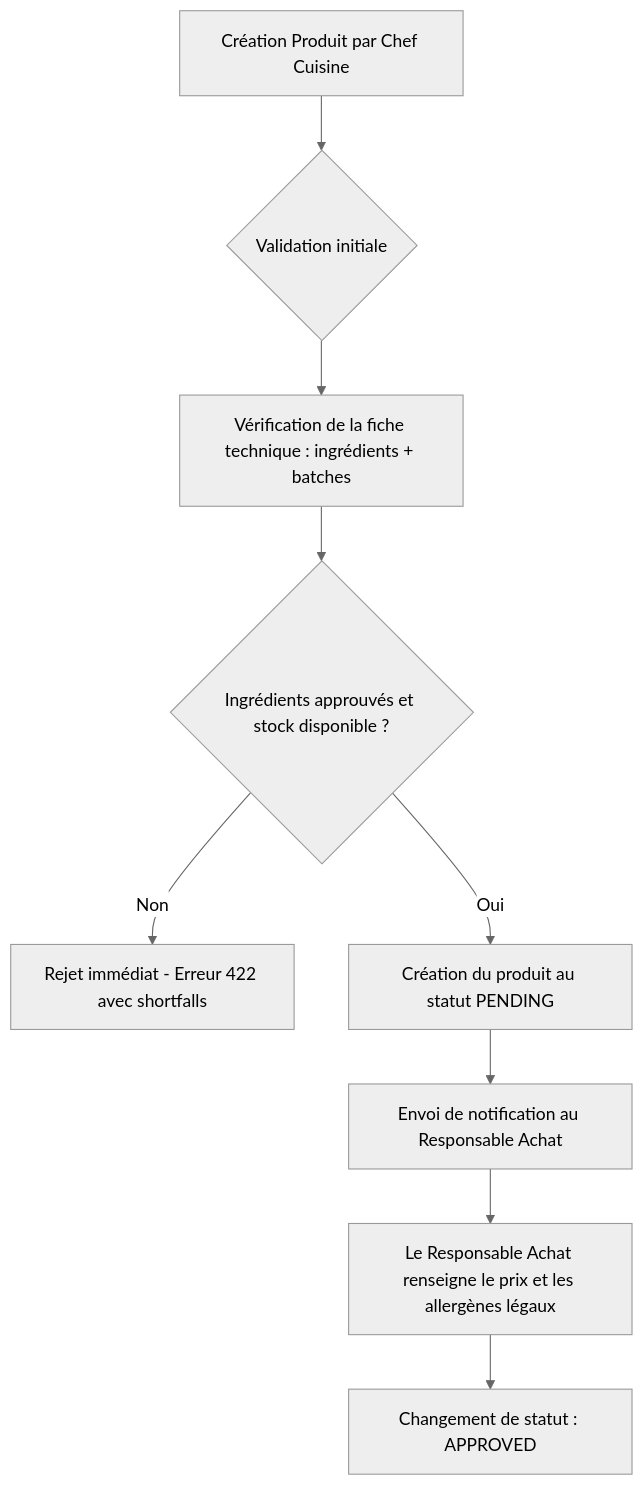
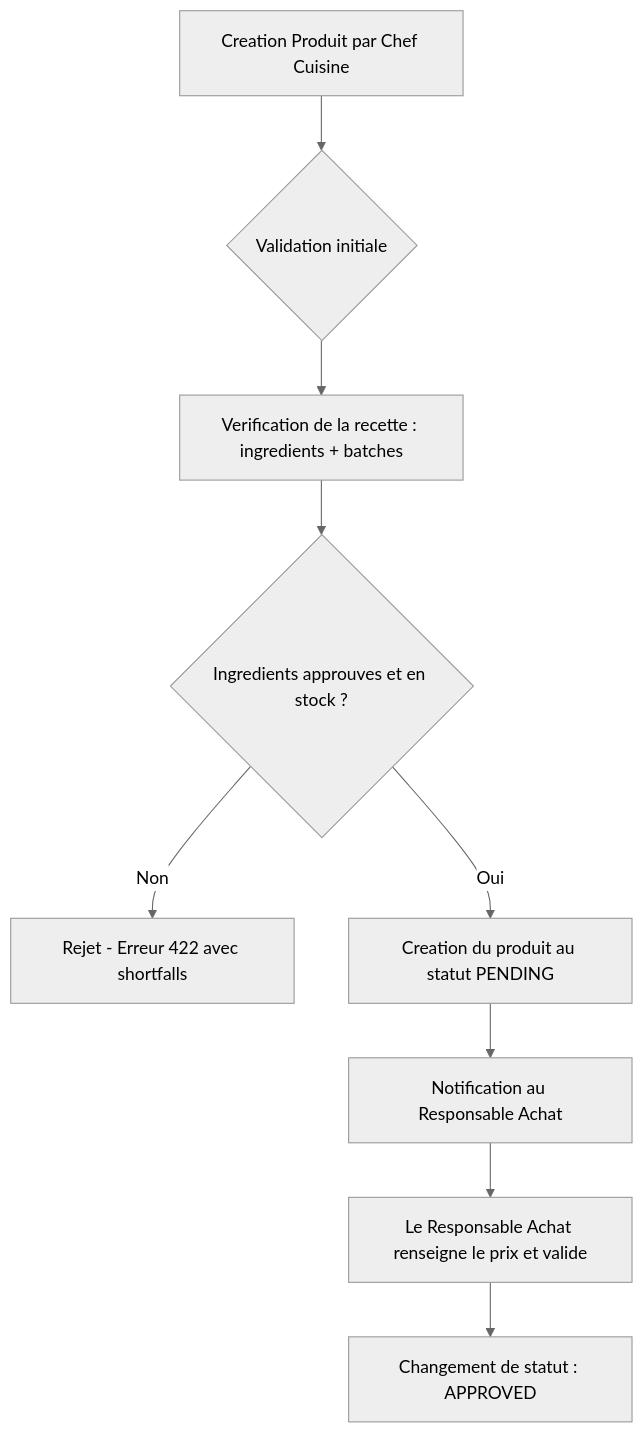
Before and after one commit to Xoner1/AeroServe: the third of 6 diagrams in docs/RAPPORT_TECHNIQUE.md, drawn with Mermaid (neutral theme). The commit also changed other lines of this file and 46 other files, not shown here.

````diff
--- a/docs/RAPPORT_TECHNIQUE.md
+++ b/docs/RAPPORT_TECHNIQUE.md
@@ -460,11 +360,11 @@
 ```mermaid
 flowchart TD
-  A[Création Produit par Chef Cuisine] --> B{Validation initiale}
-  B --> C[Vérification de la fiche technique : ingrédients + batches]
-  C --> D{Ingrédients approuvés et stock disponible ?}
-  D -->|Non| E[Rejet immédiat - Erreur 422 avec shortfalls]
-  D -->|Oui| F[Création du produit au statut PENDING]
-  F --> G[Envoi de notification au Responsable Achat]
-  G --> H[Le Responsable Achat renseigne le prix et les allergènes légaux]
+  A[Creation Produit par Chef Cuisine] --> B{Validation initiale}
+  B --> C[Verification de la recette : ingredients + batches]
+  C --> D{Ingredients approuves et en stock ?}
+  D -->|Non| E[Rejet - Erreur 422 avec shortfalls]
+  D -->|Oui| F[Creation du produit au statut PENDING]
+  F --> G[Notification au Responsable Achat]
+  G --> H[Le Responsable Achat renseigne le prix et valide]
   H --> I[Changement de statut : APPROVED]
 ```
````
